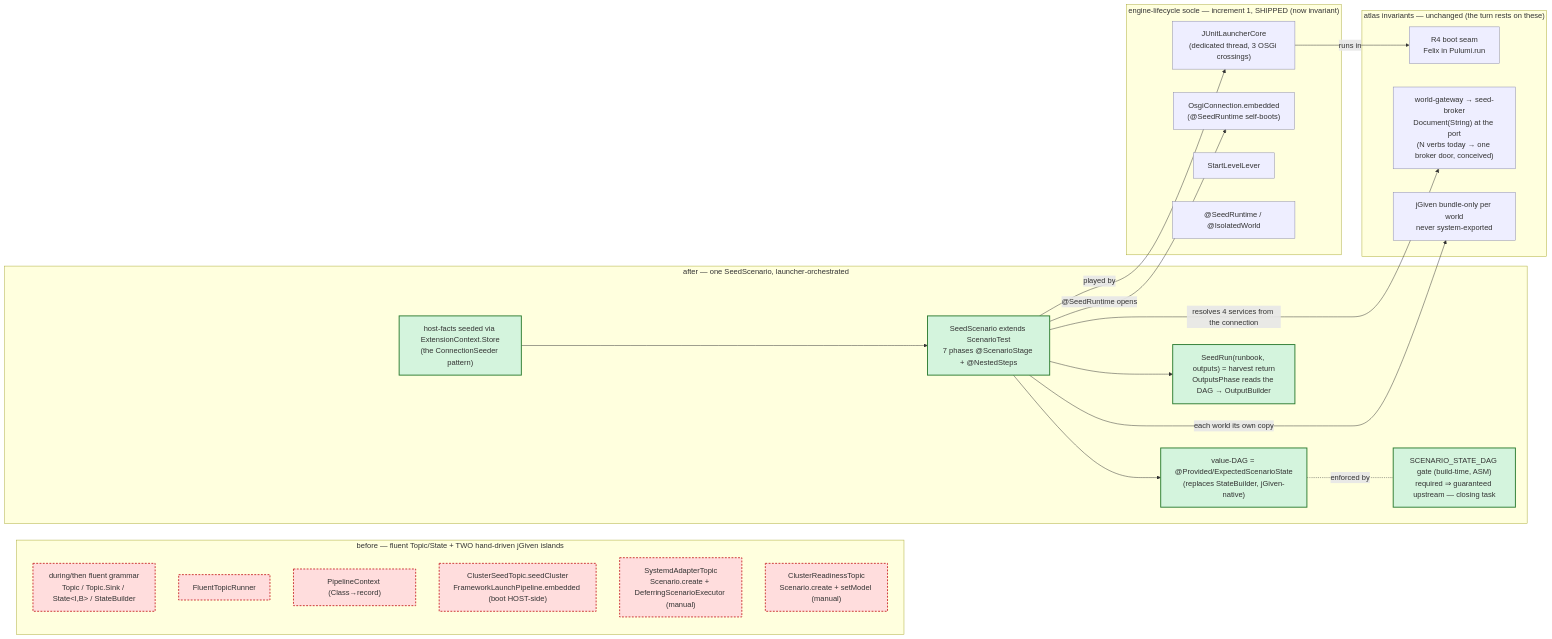
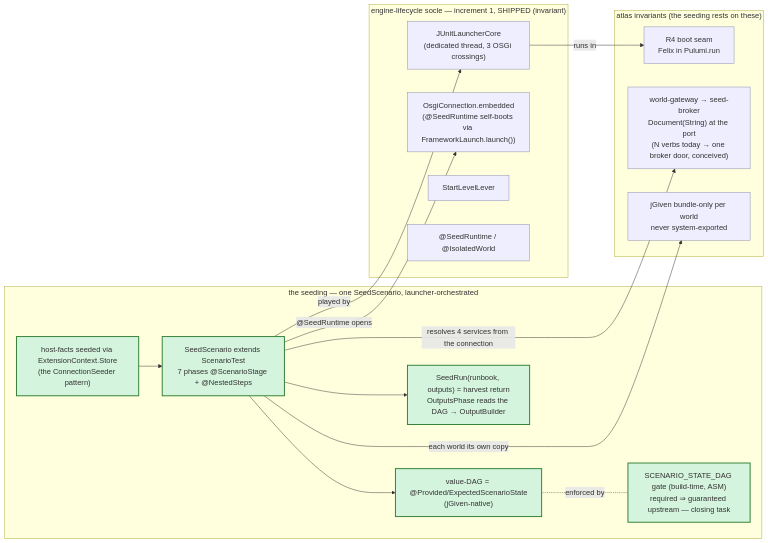
One commit to nxmatic/rke2lab changed the second of 2 diagrams in docs/architecture/atlas/seed.adoc. Above: the diagram before and after it, drawn with Mermaid. The commit also changed other lines of this file and 1 other file, not shown here.

First line of the commit message:
docs(atlas): collapse seed.adoc's avant→après narrative to the present baseline

```diff
--- a/docs/architecture/atlas/seed.adoc
+++ b/docs/architecture/atlas/seed.adoc
@@ -236,43 +172,33 @@
 [mermaid]
 ....
 flowchart LR
-  subgraph B["before — fluent Topic/State + TWO hand-driven jGiven islands"]
-    b_gram["during/then fluent grammar<br/>Topic / Topic.Sink / State&lt;I,B&gt; / StateBuilder"]
-    b_run["FluentTopicRunner"]
-    b_ctx["PipelineContext (Class→record)"]
-    b_boot["ClusterSeedTopic.seedCluster<br/>FrameworkLaunchPipeline.embedded (boot HOST-side)"]
-    b_isl1["SystemdAdapterTopic<br/>Scenario.create + DeferringScenarioExecutor (manual)"]
-    b_isl2["ClusterReadinessTopic<br/>Scenario.create + setModel (manual)"]
-  end
-  subgraph A["after — one SeedScenario, launcher-orchestrated"]
+  subgraph A["the seeding — one SeedScenario, launcher-orchestrated"]
     a_scn["SeedScenario extends ScenarioTest<br/>7 phases @ScenarioStage + @NestedSteps"]:::new
-    a_state["value-DAG = @Provided/ExpectedScenarioState<br/>(replaces StateBuilder, jGiven-native)"]:::new
+    a_state["value-DAG = @Provided/ExpectedScenarioState<br/>(jGiven-native)"]:::new
     a_seed["host-facts seeded via ExtensionContext.Store<br/>(the ConnectionSeeder pattern)"]:::new
     a_out["SeedRun(runbook, outputs) = harvest return<br/>OutputsPhase reads the DAG → OutputBuilder"]:::new
     a_dag["SCENARIO_STATE_DAG gate (build-time, ASM)<br/>required ⇒ guaranteed upstream — closing task"]:::new
     a_seed --> a_scn
     a_scn --> a_state
     a_scn --> a_out
     a_state -.enforced by.- a_dag
   end
-  subgraph SOCLE["engine-lifecycle socle — increment 1, SHIPPED (now invariant)"]
+  subgraph SOCLE["engine-lifecycle socle — increment 1, SHIPPED (invariant)"]
     s_launch["JUnitLauncherCore<br/>(dedicated thread, 3 OSGi crossings)"]:::inv
-    s_conn["OsgiConnection.embedded<br/>(@SeedRuntime self-boots)"]:::inv
+    s_conn["OsgiConnection.embedded<br/>(@SeedRuntime self-boots via FrameworkLaunch.launch())"]:::inv
     s_lever["StartLevelLever"]:::inv
     s_disc["@SeedRuntime / @IsolatedWorld"]:::inv
   end
-  subgraph INV["atlas invariants — unchanged (the turn rests on these)"]
+  subgraph INV["atlas invariants (the seeding rests on these)"]
     i_r4["R4 boot seam<br/>Felix in Pulumi.run"]:::inv
     i_gw["world-gateway → seed-broker<br/>Document(String) at the port<br/>(N verbs today → one broker door, conceived)"]:::inv
     i_jg["jGiven bundle-only per world<br/>never system-exported"]:::inv
   end
   a_scn -->|played by| s_launch
   a_scn -->|"@SeedRuntime opens"| s_conn
   s_launch -->|runs in| i_r4
   a_scn -->|resolves 4 services from the connection| i_gw
   a_scn -->|each world its own copy| i_jg
   classDef new fill:#d4f4dd,stroke:#2e7d32,stroke-width:2px;
-  classDef gone fill:#fdd,stroke:#c33,stroke-width:2px,stroke-dasharray:4 3;
   classDef inv fill:#eef,stroke:#88a,stroke-width:1px;
-  class b_gram,b_run,b_ctx,b_boot,b_isl1,b_isl2 gone;
 ....
```
